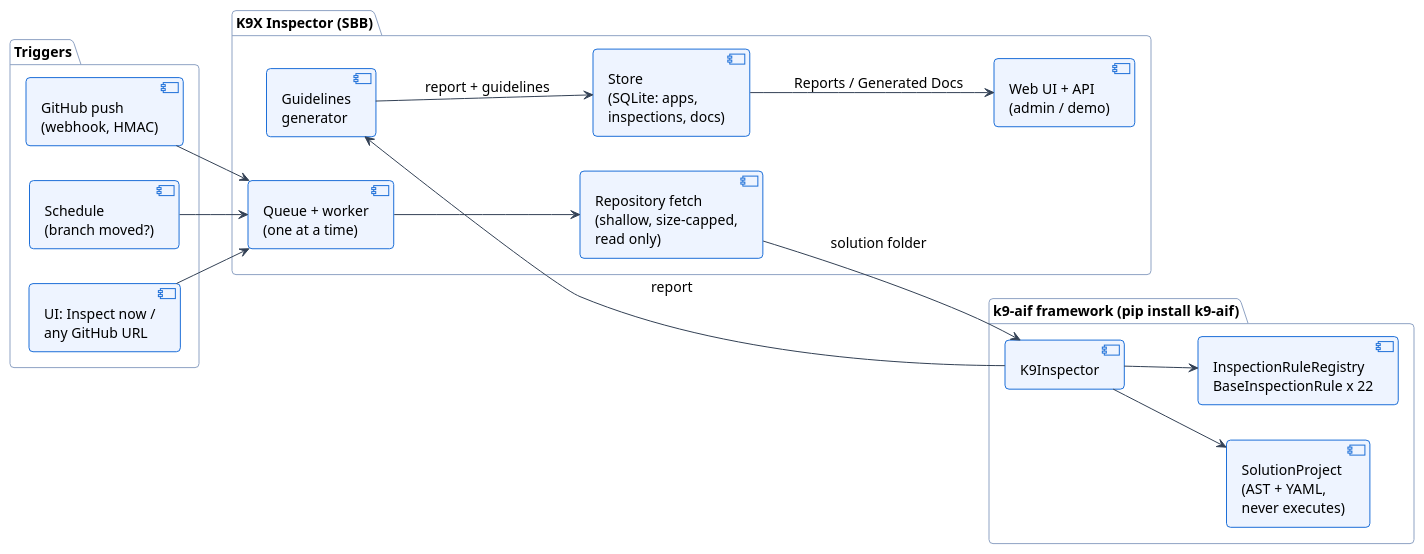
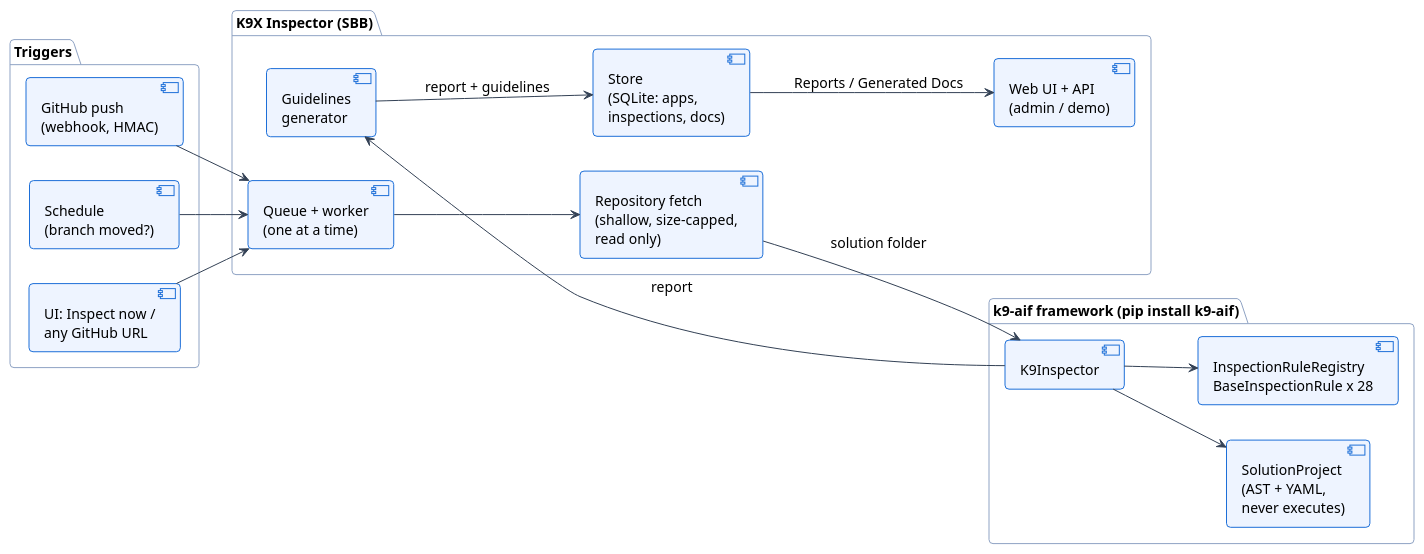
Before and after one commit to k9aif/k9x-inspector: the diagram in diagrams/architecture.puml, drawn with PlantUML. The commit also changed 1 other file, not shown here.

Commit message:
Architecture diagram: 28 inspection rules (was 22)

```diff
--- a/diagrams/architecture.puml
+++ b/diagrams/architecture.puml
@@ -1,42 +1,42 @@
 @startuml architecture
 !theme plain
 skinparam backgroundColor #FFFFFF
 skinparam defaultFontSize 14
 skinparam componentBackgroundColor #EEF4FF
 skinparam componentBorderColor #1D6FD8
 skinparam packageBorderColor #8FA3C4
 skinparam ArrowColor #334155
 skinparam roundcorner 8
 left to right direction
 
 package "Triggers" {
   [GitHub push\n(webhook, HMAC)] as WH
   [Schedule\n(branch moved?)] as SCH
   [UI: Inspect now /\nany GitHub URL] as UI
 }
 
 package "K9X Inspector (SBB)" {
   [Queue + worker\n(one at a time)] as Q
   [Repository fetch\n(shallow, size-capped,\nread only)] as R
   [Guidelines\ngenerator] as G
   [Store\n(SQLite: apps,\ninspections, docs)] as S
   [Web UI + API\n(admin / demo)] as W
 }
 
 package "k9-aif framework (pip install k9-aif)" {
   [K9Inspector] as KI
   [SolutionProject\n(AST + YAML,\nnever executes)] as SP
-  [InspectionRuleRegistry\nBaseInspectionRule x 22] as RR
+  [InspectionRuleRegistry\nBaseInspectionRule x 28] as RR
 }
 
 WH --> Q
 SCH --> Q
 UI --> Q
 Q --> R
 R --> KI : solution folder
 KI --> SP
 KI --> RR
 KI --> G : report
 G --> S : report + guidelines
 S --> W : Reports / Generated Docs
 @enduml
```
